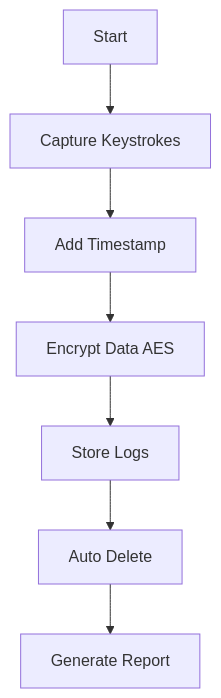
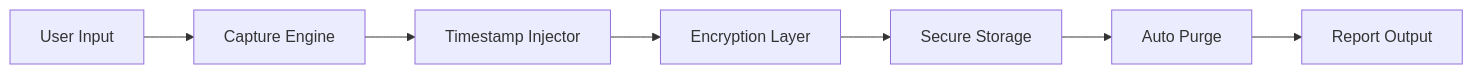
The diagram in README.md (rohitmaji22/KeyTraceX), drawn with Mermaid before and after one commit. The commit also changed other lines of this file, not shown here.

````diff
--- a/README.md
+++ b/README.md
@@ -54,9 +37,9 @@
 ```mermaid
-graph TD;
-A[Start] --> B[Capture Keystrokes]
-B --> C[Add Timestamp]
-C --> D[Encrypt Data AES]
-D --> E[Store Logs]
-E --> F[Auto Delete]
-F --> G[Generate Report]
+graph LR
+A[User Input] --> B[Capture Engine]
+B --> C[Timestamp Injector]
+C --> D[Encryption Layer]
+D --> E[Secure Storage]
+E --> F[Auto Purge]
+F --> G[Report Output]
 ```
````
